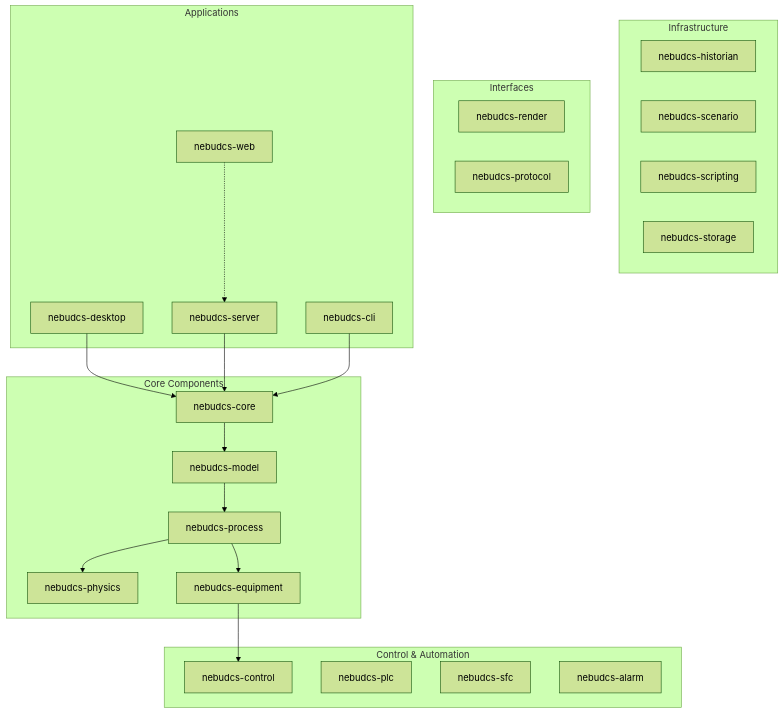
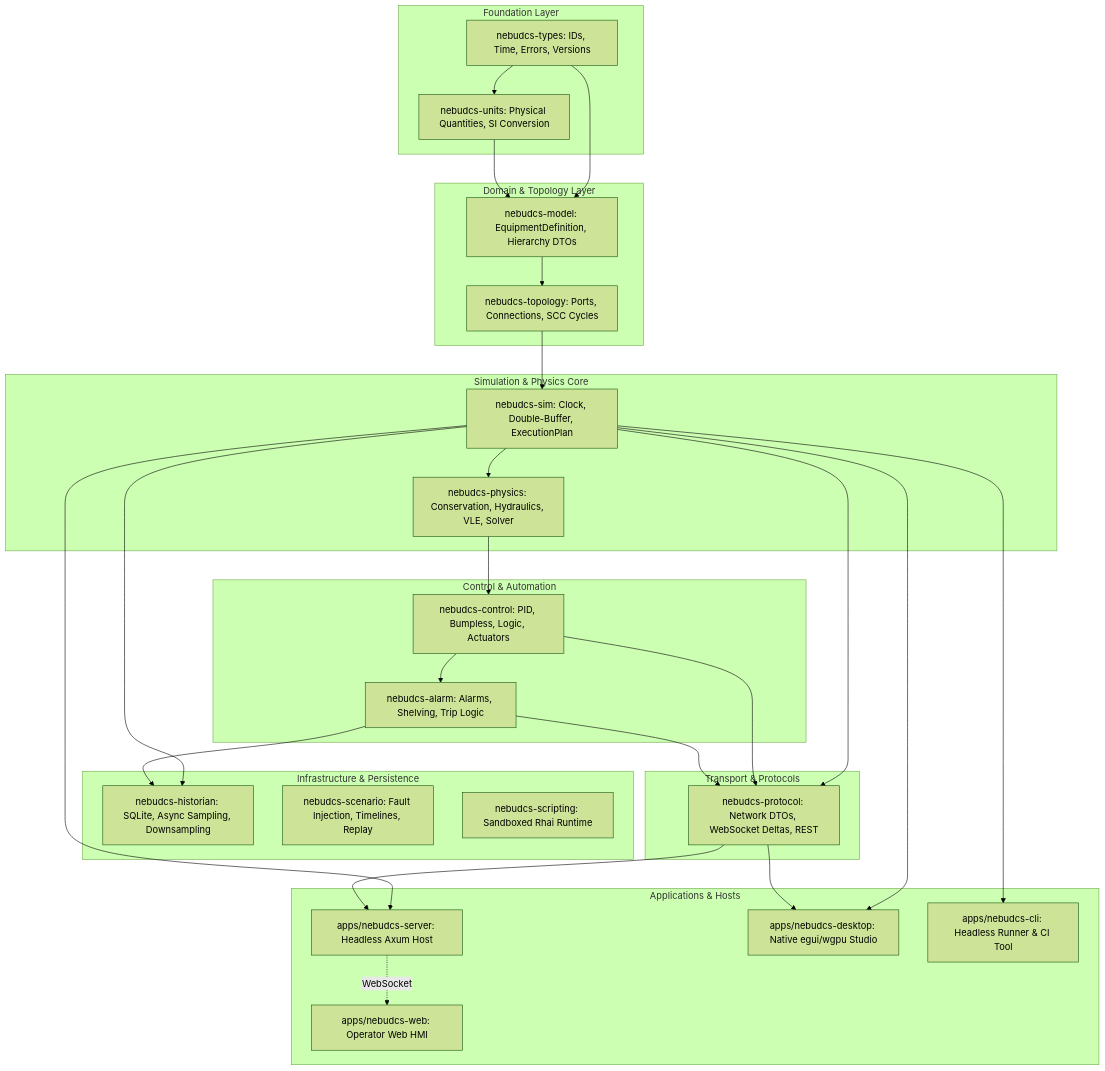
Before and after one commit to kaivyy/nebudcs: the first of 3 diagrams in docs/architecture/README.md, drawn with Mermaid (forest theme). The commit also changed other lines of this file and 149 other files, not shown here.

Commit message:
baseline: phase 9 verified (scenario & fault injection subsystem, documentation audited, regression clean)

````diff
--- a/docs/architecture/README.md
+++ b/docs/architecture/README.md
@@ -35,47 +49,59 @@
 ```mermaid
 graph TD
-    subgraph Core Components
-        Core[nebudcs-core]
-        Model[nebudcs-model]
-        Process[nebudcs-process]
-        Physics[nebudcs-physics]
-        Equipment[nebudcs-equipment]
+    subgraph "Foundation Layer"
+        Types[nebudcs-types: IDs, Time, Errors, Versions]
+        Units[nebudcs-units: Physical Quantities, SI Conversion]
     end
 
-    subgraph Control & Automation
-        Control[nebudcs-control]
-        PLC[nebudcs-plc]
-        SFC[nebudcs-sfc]
-        Alarm[nebudcs-alarm]
+    subgraph "Domain & Topology Layer"
+        Model[nebudcs-model: EquipmentDefinition, Hierarchy DTOs]
+        Topology[nebudcs-topology: Ports, Connections, SCC Cycles]
     end
 
-    subgraph Infrastructure
-        Historian[nebudcs-historian]
-        Scenario[nebudcs-scenario]
-        Script[nebudcs-scripting]
-        Storage[nebudcs-storage]
+    subgraph "Simulation & Physics Core"
+        Sim[nebudcs-sim: Clock, Double-Buffer, ExecutionPlan]
+        Physics[nebudcs-physics: Conservation, Hydraulics, VLE, Solver]
     end
 
-    subgraph Interfaces
-        Render[nebudcs-render]
-        Proto[nebudcs-protocol]
+    subgraph "Control & Automation"
+        Control[nebudcs-control: PID, Bumpless, Logic, Actuators]
+        Alarm[nebudcs-alarm: Alarms, Shelving, Trip Logic]
     end
 
-    subgraph Applications
-        AppDesktop[nebudcs-desktop]
-        AppServer[nebudcs-server]
-        AppCLI[nebudcs-cli]
-        AppWeb[nebudcs-web]
+    subgraph "Infrastructure & Persistence"
+        Historian[nebudcs-historian: SQLite, Async Sampling, Downsampling]
+        Scenario[nebudcs-scenario: Fault Injection, Timelines, Replay]
+        Scripting[nebudcs-scripting: Sandboxed Rhai Runtime]
     end
 
-    AppDesktop --> Core
-    AppServer --> Core
-    AppCLI --> Core
-    AppWeb -.-> AppServer
+    subgraph "Transport & Protocols"
+        Protocol[nebudcs-protocol: Network DTOs, WebSocket Deltas, REST]
+    end
 
-    Core --> Model
-    Model --> Process
-    Process --> Physics
-    Process --> Equipment
-    Equipment --> Control
+    subgraph "Applications & Hosts"
+        Server[apps/nebudcs-server: Headless Axum Host]
+        Desktop[apps/nebudcs-desktop: Native egui/wgpu Studio]
+        Web[apps/nebudcs-web: Operator Web HMI]
+        CLI[apps/nebudcs-cli: Headless Runner & CI Tool]
+    end
+
+    Types --> Units
+    Types --> Model
+    Units --> Model
+    Model --> Topology
+    Topology --> Sim
+    Sim --> Physics
+    Physics --> Control
+    Control --> Alarm
+    Sim --> Historian
+    Alarm --> Historian
+    Sim --> Protocol
+    Control --> Protocol
+    Alarm --> Protocol
+    Sim --> Server
+    Protocol --> Server
+    Sim --> Desktop
+    Protocol --> Desktop
+    Server -. WebSocket .-> Web
+    Sim --> CLI
 ```
````
